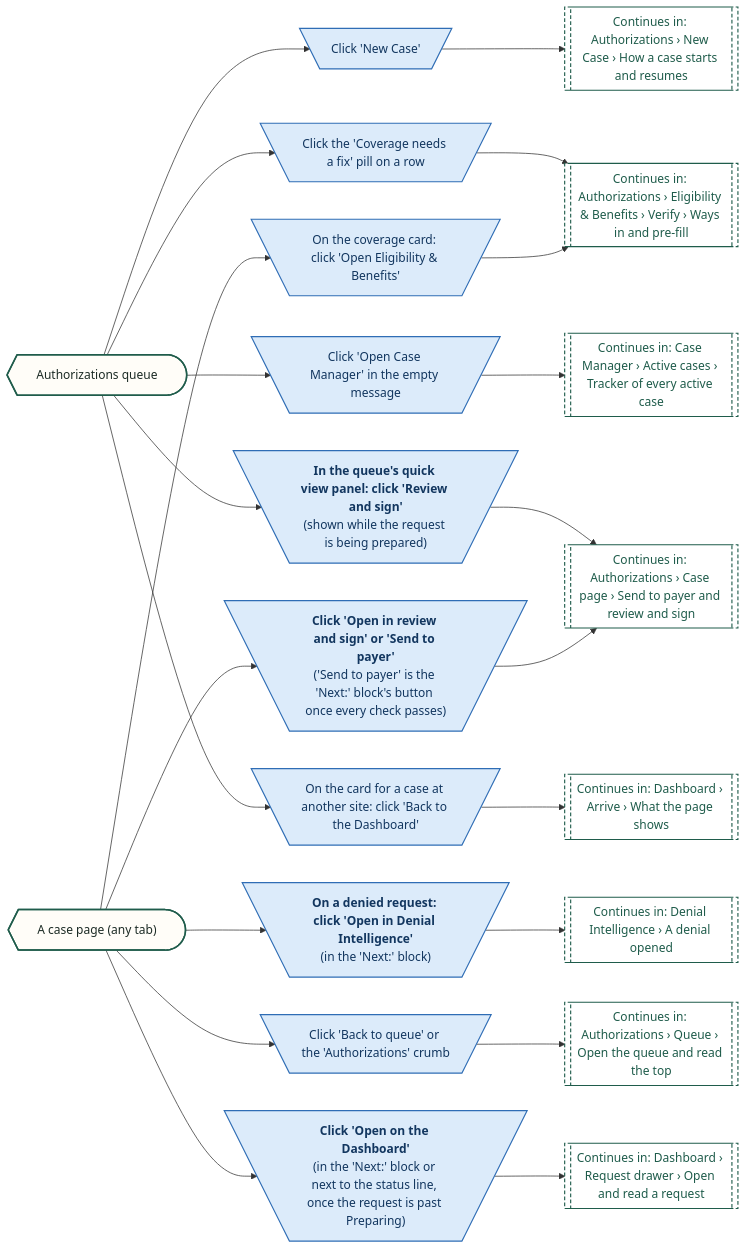
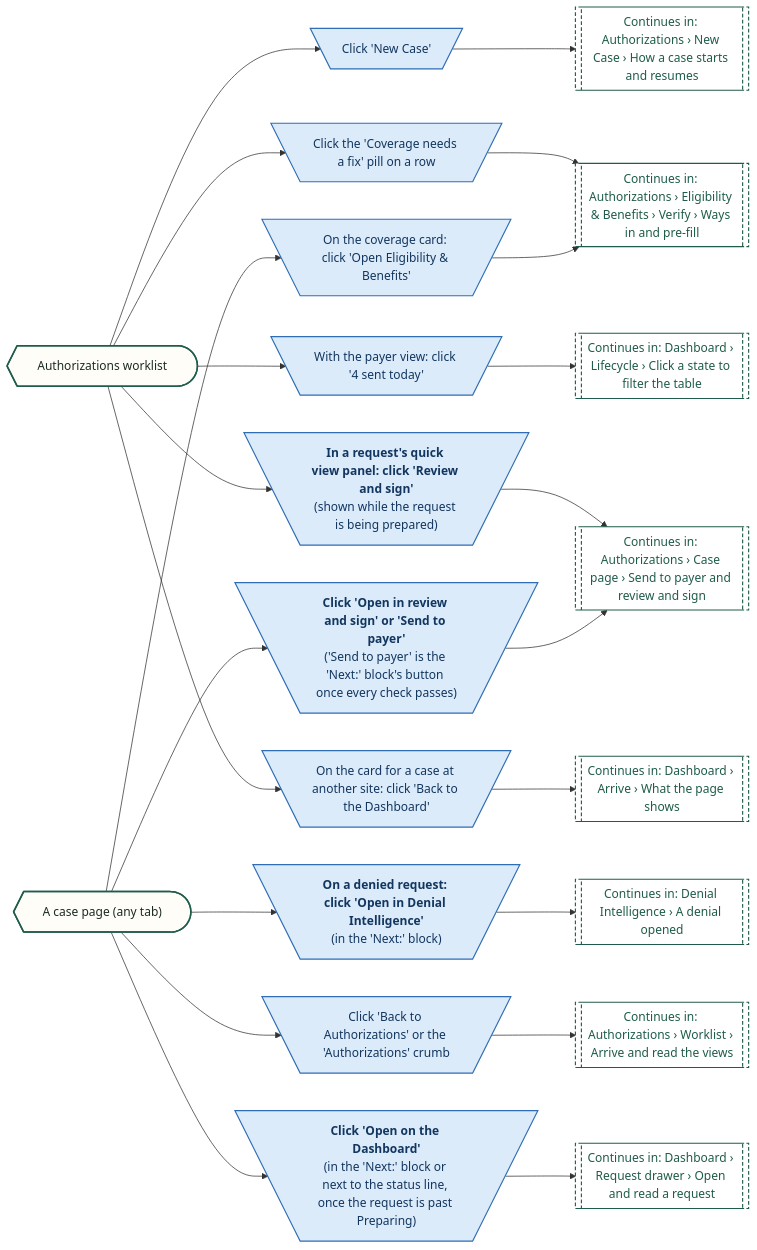
One commit to Shrav143/psyfloapp changed diagram 37 of 38 in demos/prior-auth-demo/workflows/out/md/03-authorizations.md. Above: the diagram before and after it, drawn with Mermaid. The commit also changed other lines of this file and 113 other files, not shown here.

First line of the commit message:
docs: workflow diagrams for the merged Authorizations (worklist, approved, reviews and tracked cases, sidebar arrow), every link retargeted, 336 diagrams

````diff
--- a/demos/prior-auth-demo/workflows/out/md/03-authorizations.md
+++ b/demos/prior-auth-demo/workflows/out/md/03-authorizations.md
@@ -2570,53 +2904,53 @@
 ```mermaid
 %%{init: {"theme":"base","themeVariables":{"fontFamily":"'DM Sans', 'Segoe UI', system-ui, sans-serif","fontSize":"15px","lineColor":"#5B6B63","primaryTextColor":"#1C2B25","clusterBkg":"#FBF8F3","clusterBorder":"#D9CDBB","edgeLabelBackground":"#FFFFFF"},"flowchart":{"curve":"basis","nodeSpacing":36,"rankSpacing":48,"padding":12,"htmlLabels":true,"useMaxWidth":false,"wrappingWidth":230}} }%%
 flowchart LR
   classDef k_start fill:#1F5C4B,stroke:#174638,color:#FFFFFF,stroke-width:1.5px,font-weight:600
   classDef k_end fill:#DDEFE3,stroke:#2E7D4F,color:#14502F,stroke-width:1.5px,font-weight:600
   classDef k_endx fill:#FBE3E0,stroke:#C0392B,color:#7A1F16,stroke-width:1.5px,font-weight:600
   classDef k_screen fill:#FFFDF8,stroke:#1F5C4B,color:#1C2B25,stroke-width:2px
   classDef k_overlay fill:#F1F7F3,stroke:#1F5C4B,color:#1C2B25,stroke-width:2px,stroke-dasharray:5 3
   classDef k_click fill:#DCEBFA,stroke:#2F6DB5,color:#12365F,stroke-width:1.5px
   classDef k_input fill:#E4E7FF,stroke:#4C5FD5,color:#1D2670,stroke-width:1.5px
   classDef k_process fill:#EEF0EE,stroke:#7A857F,color:#26302B,stroke-width:1.5px
   classDef k_agent fill:#EEE5FA,stroke:#7A4FC2,color:#341A63,stroke-width:1.5px
   classDef k_decision fill:#FFF0CC,stroke:#D9962B,color:#5C3B00,stroke-width:1.5px
   classDef k_store fill:#D5F0EA,stroke:#1C8E7B,color:#0B4A3F,stroke-width:1.5px
   classDef k_doc fill:#F6E9DC,stroke:#B07A4C,color:#4A2E14,stroke-width:1.5px
   classDef k_ext fill:#FFE6D2,stroke:#E07B39,color:#6B2F06,stroke-width:1.5px
   classDef k_wait fill:#E4E8EE,stroke:#6B7C93,color:#26303D,stroke-width:1.5px
   classDef k_toast fill:#FFF9DB,stroke:#C9A400,color:#5A4A00,stroke-width:1.5px
   classDef k_goto fill:#FFFFFF,stroke:#1F5C4B,color:#1F5C4B,stroke-width:1.5px,stroke-dasharray:5 3
-  q@{ shape: curv-trap, label: "Authorizations queue" }
+  q@{ shape: curv-trap, label: "Authorizations worklist" }
   cp@{ shape: curv-trap, label: "A case page (any tab)" }
   l1@{ shape: trap-t, label: "Click 'New Case'" }
   l2@{ shape: trap-t, label: "Click the 'Coverage needs a fix' pill on a row" }
-  l6@{ shape: trap-t, label: "Click 'Open Case Manager' in the empty message" }
+  l6@{ shape: trap-t, label: "With the payer view: click '4 sent today'" }
   l3@{ shape: trap-t, label: "On the coverage card: click 'Open Eligibility & Benefits'" }
   l4@{ shape: trap-t, label: "<b>On a denied request: click 'Open in Denial Intelligence'</b><br/>(in the 'Next:' block)" }
   l5@{ shape: trap-t, label: "<b>Click 'Open in review and sign' or 'Send to payer'</b><br/>('Send to payer' is the 'Next:' block's button once every check passes)" }
-  l7@{ shape: trap-t, label: "Click 'Back to queue' or the 'Authorizations' crumb" }
-  l9@{ shape: trap-t, label: "<b>In the queue's quick view panel: click 'Review and sign'</b><br/>(shown while the request is being prepared)" }
+  l7@{ shape: trap-t, label: "Click 'Back to Authorizations' or the 'Authorizations' crumb" }
+  l9@{ shape: trap-t, label: "<b>In a request's quick view panel: click 'Review and sign'</b><br/>(shown while the request is being prepared)" }
   l10@{ shape: trap-t, label: "On the card for a case at another site: click 'Back to the Dashboard'" }
   l8@{ shape: trap-t, label: "<b>Click 'Open on the Dashboard'</b><br/>(in the 'Next:' block or next to the status line, once the request is past Preparing)" }
   g1@{ shape: subproc, label: "Continues in: Authorizations › New Case › How a case starts and resumes" }
   g2@{ shape: subproc, label: "Continues in: Authorizations › Eligibility & Benefits › Verify › Ways in and pre-fill" }
-  g5@{ shape: subproc, label: "Continues in: Case Manager › Active cases › Tracker of every active case" }
+  g5@{ shape: subproc, label: "Continues in: Dashboard › Lifecycle › Click a state to filter the table" }
   g3@{ shape: subproc, label: "Continues in: Denial Intelligence › A denial opened" }
   g4@{ shape: subproc, label: "Continues in: Authorizations › Case page › Send to payer and review and sign" }
-  g6@{ shape: subproc, label: "Continues in: Authorizations › Queue › Open the queue and read the top" }
+  g6@{ shape: subproc, label: "Continues in: Authorizations › Worklist › Arrive and read the views" }
   g7@{ shape: subproc, label: "Continues in: Dashboard › Request drawer › Open and read a request" }
   g8@{ shape: subproc, label: "Continues in: Dashboard › Arrive › What the page shows" }
   q --> l1 --> g1
   q --> l2 --> g2
   q --> l6 --> g5
   q --> l9 --> g4
   q --> l10 --> g8
   cp --> l3 --> g2
   cp --> l4 --> g3
   cp --> l5 --> g4
   cp --> l7 --> g6
   cp --> l8 --> g7
   class q,cp k_screen
   class l1,l2,l6,l3,l4,l5,l7,l9,l10,l8 k_click
   class g1,g2,g5,g3,g4,g6,g7,g8 k_goto
 ```
````
